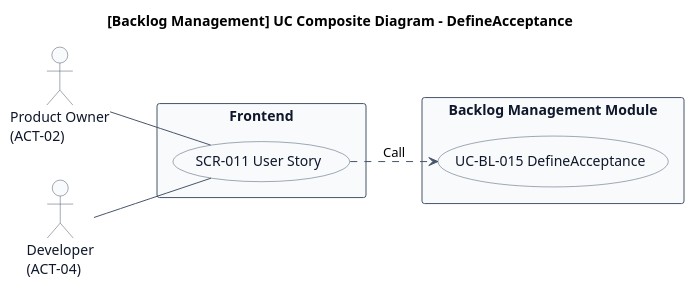
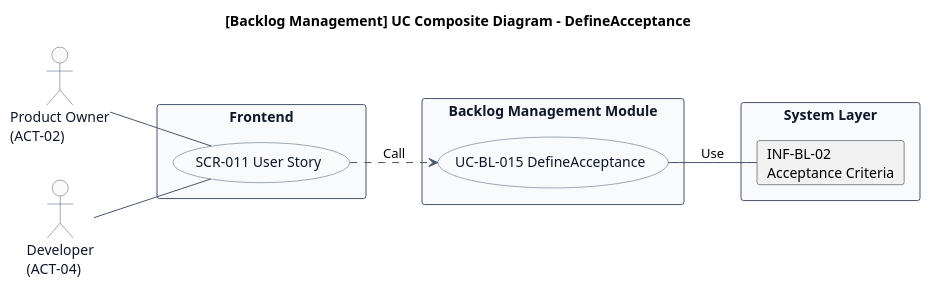
One commit to mizo432/modulith-learning changed the first of 2 diagrams in docs/22 要件定義書/AG アジルーム/03 機能要件/AG-02 要求バックログ管理/03.システム境界/UC-BL-015 受入条件を定義する/UC複合図.md. Above: the diagram before and after it, drawn with PlantUML. The commit also changed other lines of this file and 209 other files, not shown here.

````diff
--- a/docs/22 要件定義書/AG アジルーム/03 機能要件/AG-02 要求バックログ管理/03.システム境界/UC-BL-015 受入条件を定義する/UC複合図.md
+++ b/docs/22 要件定義書/AG アジルーム/03 機能要件/AG-02 要求バックログ管理/03.システム境界/UC-BL-015 受入条件を定義する/UC複合図.md
@@ -11,38 +11,43 @@
 ```plantuml
 title [Backlog Management] UC Composite Diagram - DefineAcceptance
 left to right direction
 
 skinparam usecase {
   BackgroundColor #F8FAFC
   BorderColor #475569
   FontColor #0F172A
 }
 skinparam actor {
   BackgroundColor #F8FAFC
   BorderColor #475569
   FontColor #0F172A
 }
 skinparam rectangle {
   BackgroundColor #F8FAFC
   BorderColor #475569
   FontColor #0F172A
 }
 skinparam arrowColor #475569
 skinparam shadowing false
 
 actor "Product Owner\n(ACT-02)" as ACT1
 actor "Developer\n(ACT-04)" as ACT2
 
 rectangle "Frontend" {
   usecase "SCR-011 User Story" as SCR
 }
 
 rectangle "Backlog Management Module" {
   usecase "UC-BL-015 DefineAcceptance" as UC
 }
 
+rectangle "System Layer" {
+  card "INF-BL-02\nAcceptance Criteria" as INF02
+}
+
 ACT1 -- SCR
 ACT2 -- SCR
 SCR ..> UC : Call
+UC -- INF02 : Use
 @enduml
 ```
````
